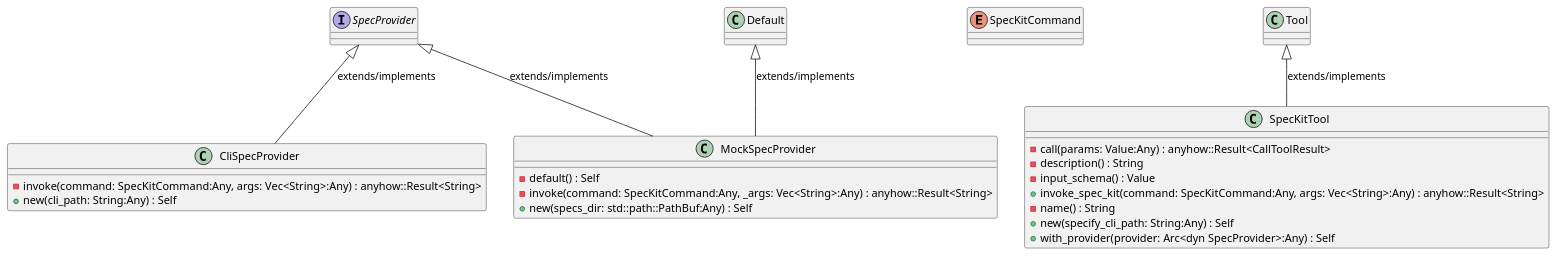
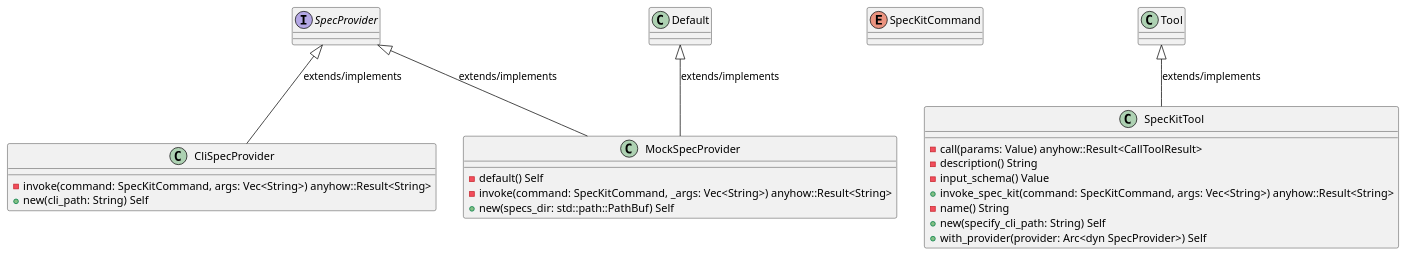
The first of 6 diagrams in openwiki/crates_factory_mcp_server_src_tools_spec_kit_tool.md (lgcorzo/rust_CACD_autonomous_factory), drawn with PlantUML before and after one commit. The commit also changed other lines of this file and 97 other files, not shown here.

First line of the commit message:
Fix Rust AST parsing for method and function parameters, and update OKF UML frontmatter

````diff
--- a/openwiki/crates_factory_mcp_server_src_tools_spec_kit_tool.md
+++ b/openwiki/crates_factory_mcp_server_src_tools_spec_kit_tool.md
@@ -225,31 +230,31 @@
 ```plantuml
 @startuml
 class CliSpecProvider {
-    -invoke(command: SpecKitCommand:Any, args: Vec<String>:Any) : anyhow::Result<String>
-    +new(cli_path: String:Any) : Self
+    -invoke(command: SpecKitCommand, args: Vec<String>) anyhow::Result<String>
+    +new(cli_path: String) Self
 }
 SpecProvider <|-- CliSpecProvider : extends/implements
 class MockSpecProvider {
-    -default() : Self
-    -invoke(command: SpecKitCommand:Any, _args: Vec<String>:Any) : anyhow::Result<String>
-    +new(specs_dir: std::path::PathBuf:Any) : Self
+    -default() Self
+    -invoke(command: SpecKitCommand, _args: Vec<String>) anyhow::Result<String>
+    +new(specs_dir: std::path::PathBuf) Self
 }
 Default <|-- MockSpecProvider : extends/implements
 SpecProvider <|-- MockSpecProvider : extends/implements
 enum SpecKitCommand {
 }
 class SpecKitTool {
-    -call(params: Value:Any) : anyhow::Result<CallToolResult>
-    -description() : String
-    -input_schema() : Value
-    +invoke_spec_kit(command: SpecKitCommand:Any, args: Vec<String>:Any) : anyhow::Result<String>
-    -name() : String
-    +new(specify_cli_path: String:Any) : Self
-    +with_provider(provider: Arc<dyn SpecProvider>:Any) : Self
+    -call(params: Value) anyhow::Result<CallToolResult>
+    -description() String
+    -input_schema() Value
+    +invoke_spec_kit(command: SpecKitCommand, args: Vec<String>) anyhow::Result<String>
+    -name() String
+    +new(specify_cli_path: String) Self
+    +with_provider(provider: Arc<dyn SpecProvider>) Self
 }
 Tool <|-- SpecKitTool : extends/implements
 interface SpecProvider {
 }
 @enduml
 
 ```
````
